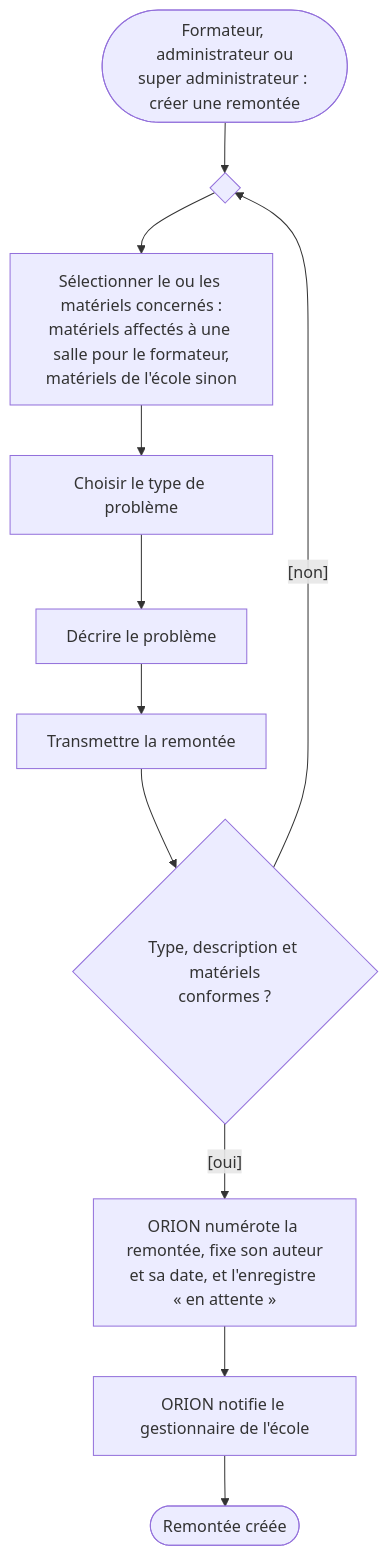
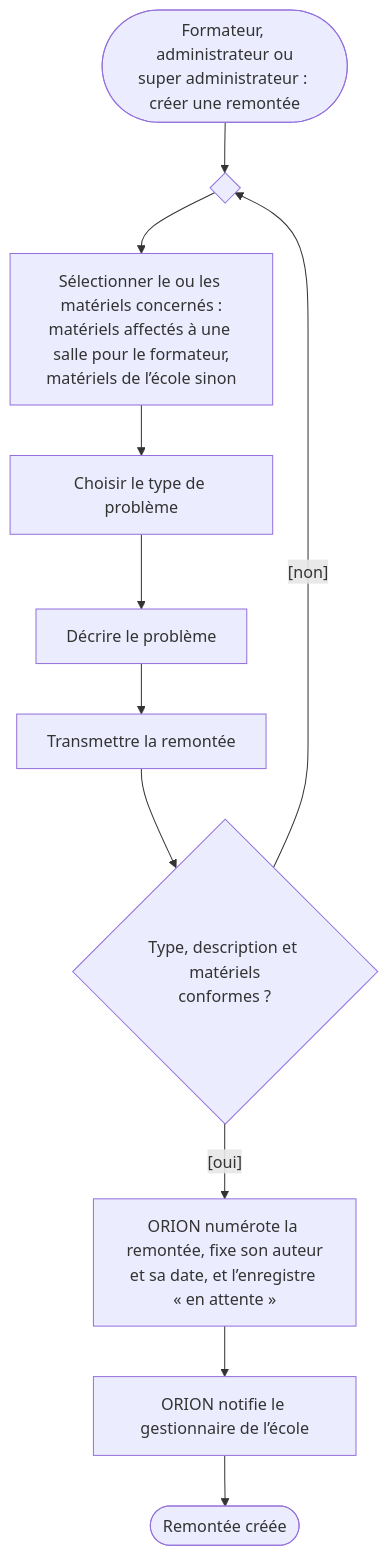
Before and after one commit to bpierrelouis/aster: the second of 10 diagrams in docs/02-ANALYSE/01-MODELISATION-METIER/02-DIAGRAMMES-ACTIVITE.md, drawn with Mermaid. The commit also changed other lines of this file and 32 other files, not shown here.

````diff
--- a/docs/02-ANALYSE/01-MODELISATION-METIER/02-DIAGRAMMES-ACTIVITE.md
+++ b/docs/02-ANALYSE/01-MODELISATION-METIER/02-DIAGRAMMES-ACTIVITE.md
@@ -52,13 +52,13 @@
 ```mermaid
 flowchart TD
     debut(["Formateur, administrateur ou<br/>super administrateur : créer une remontée"]) --> fusion{" "}
-    fusion --> materiels["Sélectionner le ou les matériels concernés :<br/>matériels affectés à une salle pour le formateur,<br/>matériels de l'école sinon"]
+    fusion --> materiels["Sélectionner le ou les matériels concernés :<br/>matériels affectés à une salle pour le formateur,<br/>matériels de l’école sinon"]
     materiels --> type["Choisir le type de problème"]
     type --> description["Décrire le problème"]
     description --> transmettre["Transmettre la remontée"]
     transmettre --> controle{"Type, description et matériels<br/>conformes ?"}
     controle -->|"[non]"| fusion
-    controle -->|"[oui]"| enregistrer["ORION numérote la remontée, fixe son auteur<br/>et sa date, et l'enregistre « en attente »"]
-    enregistrer --> notifier["ORION notifie le gestionnaire de l'école"]
+    controle -->|"[oui]"| enregistrer["ORION numérote la remontée, fixe son auteur<br/>et sa date, et l’enregistre « en attente »"]
+    enregistrer --> notifier["ORION notifie le gestionnaire de l’école"]
     notifier --> fin(["Remontée créée"])
 ```
````
